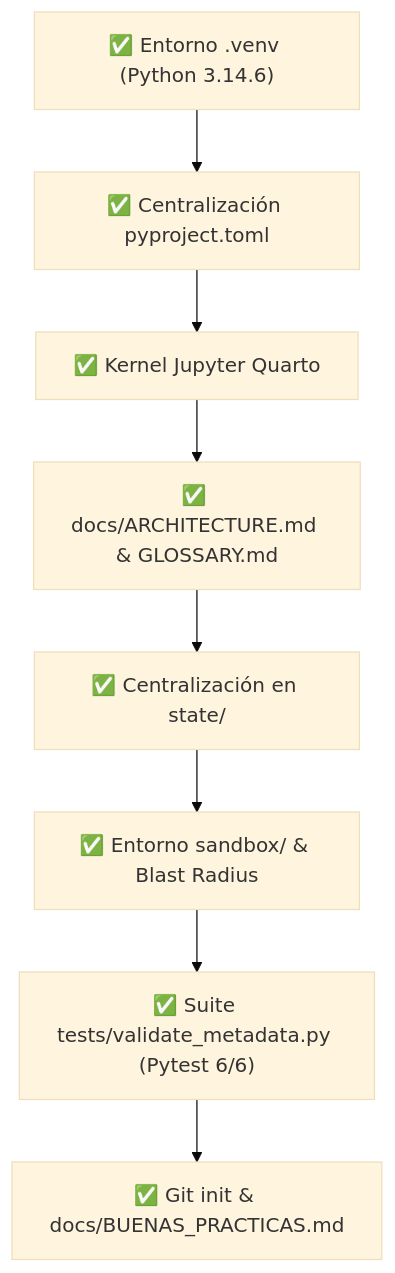
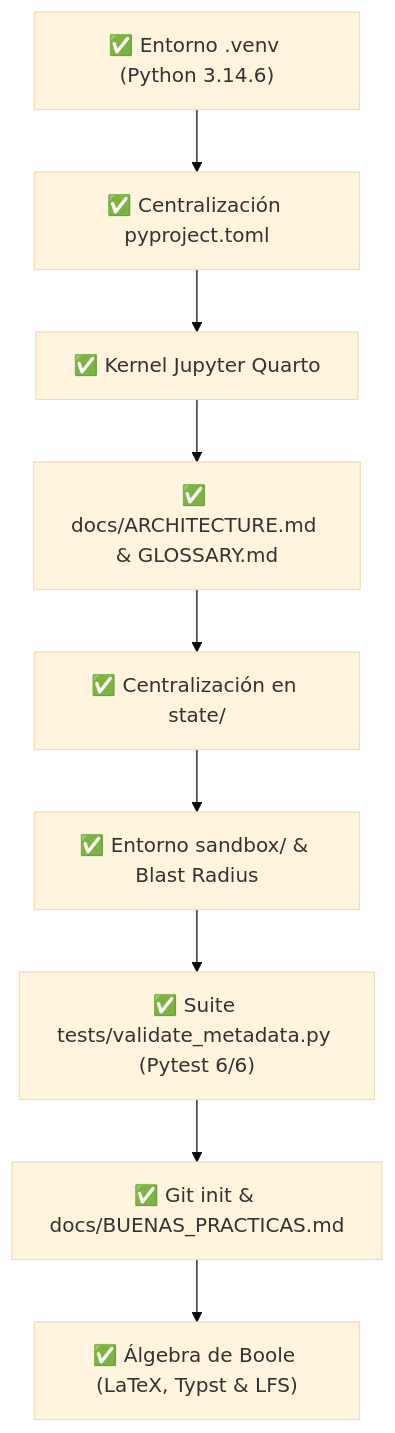
The diagram in state/PROGRESS.md (NeruDev/RECURSOS), drawn with Mermaid (base theme) before and after one commit. The commit also changed other lines of this file and 7 other files, not shown here.

Commit message:
feat(vhdl): agregar compendio de algebra de boole, lamina typst y configuracion git lfs

````diff
--- a/state/PROGRESS.md
+++ b/state/PROGRESS.md
@@ -24,10 +24,11 @@
 ```mermaid
 flowchart TD
     T1["✅ Entorno .venv (Python 3.14.6)"] --> T2["✅ Centralización pyproject.toml"]
     T2 --> T3["✅ Kernel Jupyter Quarto"]
     T3 --> T4["✅ docs/ARCHITECTURE.md & GLOSSARY.md"]
     T4 --> T5["✅ Centralización en state/"]
     T5 --> T6["✅ Entorno sandbox/ & Blast Radius"]
     T6 --> T7["✅ Suite tests/validate_metadata.py (Pytest 6/6)"]
     T7 --> T8["✅ Git init & docs/BUENAS_PRACTICAS.md"]
+    T8 --> T9["✅ Álgebra de Boole (LaTeX, Typst & LFS)"]
 ```
````
